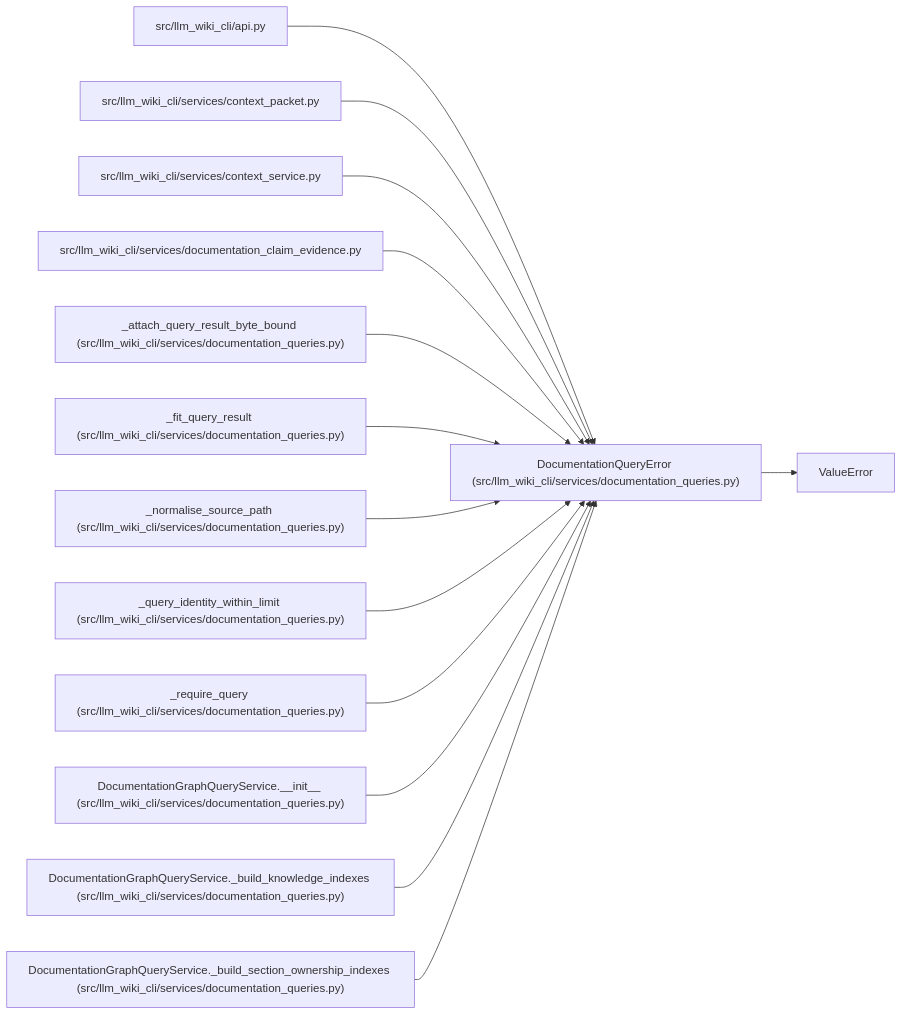
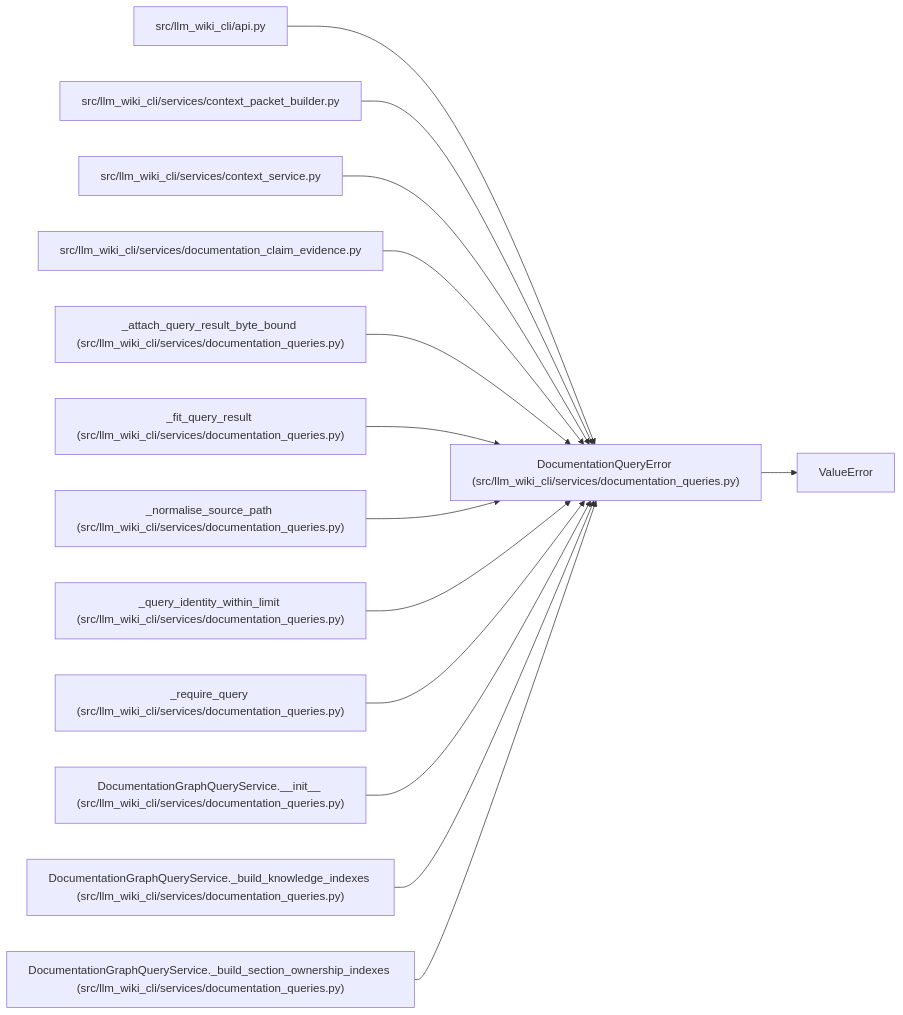
One commit to Denissvgn/python-wiki-llm changed the diagram in docs/llm_wiki/entities/DocumentationQueryError.md. Above: the diagram before and after it, drawn with Mermaid. The commit also changed other lines of this file and 1555 other files, not shown here.

````diff
--- a/docs/llm_wiki/entities/DocumentationQueryError.md
+++ b/docs/llm_wiki/entities/DocumentationQueryError.md
@@ -25,43 +25,43 @@
 ```mermaid
 flowchart LR
     n0["DocumentationQueryError (src/llm_wiki_cli/services/documentation_queries.py)"]
     n1["ValueError"]
     n2["src/llm_wiki_cli/api.py"]
-    n3["src/llm_wiki_cli/services/context_packet.py"]
+    n3["src/llm_wiki_cli/services/context_packet_builder.py"]
     n4["src/llm_wiki_cli/services/context_service.py"]
     n5["src/llm_wiki_cli/services/documentation_claim_evidence.py"]
     n6["_attach_query_result_byte_bound (src/llm_wiki_cli/services/documentation_queries.py)"]
     n7["_fit_query_result (src/llm_wiki_cli/services/documentation_queries.py)"]
     n8["_normalise_source_path (src/llm_wiki_cli/services/documentation_queries.py)"]
     n9["_query_identity_within_limit (src/llm_wiki_cli/services/documentation_queries.py)"]
     n10["_require_query (src/llm_wiki_cli/services/documentation_queries.py)"]
     n11["DocumentationGraphQueryService.__init__ (src/llm_wiki_cli/services/documentation_queries.py)"]
     n12["DocumentationGraphQueryService._build_knowledge_indexes (src/llm_wiki_cli/services/documentation_queries.py)"]
     n13["DocumentationGraphQueryService._build_section_ownership_indexes (src/llm_wiki_cli/services/documentation_queries.py)"]
     n0 --> n1
     n2 --> n0
     n3 --> n0
     n4 --> n0
     n5 --> n0
     n6 --> n0
     n7 --> n0
     n8 --> n0
     n9 --> n0
     n10 --> n0
     n11 --> n0
     n12 --> n0
     n13 --> n0
     click n0 "../modules/documentation_queries.md"
     click n2 "../modules/api.md"
-    click n3 "../modules/context_packet.md"
+    click n3 "../modules/context_packet_builder.md"
     click n4 "../modules/context_service.md"
     click n5 "../modules/documentation_claim_evidence.md"
     click n6 "../modules/documentation_queries.md"
     click n7 "../modules/documentation_queries.md"
     click n8 "../modules/documentation_queries.md"
     click n9 "../modules/documentation_queries.md"
     click n10 "../modules/documentation_queries.md"
     click n11 "../modules/documentation_queries.md"
     click n12 "../modules/documentation_queries.md"
     click n13 "../modules/documentation_queries.md"
 ```
````
